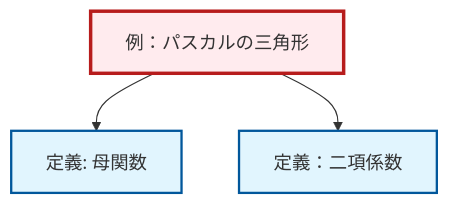
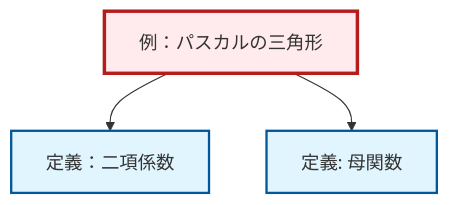
One commit to RK0429/ModernMath changed the diagram in content/ja/combinatorics/ex-pascals-triangle.qmd. Above: the diagram before and after it, drawn with Mermaid. The commit also changed other lines of this file and 1012 other files, not shown here.

````diff
--- a/content/ja/combinatorics/ex-pascals-triangle.qmd
+++ b/content/ja/combinatorics/ex-pascals-triangle.qmd
@@ -73,17 +73,17 @@
 ```{mermaid}
 %%| fig-cap: "Local dependency graph"
 graph TD
     classDef definition fill:#e1f5fe,stroke:#01579b,stroke-width:2px
     classDef theorem fill:#f3e5f5,stroke:#4a148c,stroke-width:2px
     classDef axiom fill:#fff3e0,stroke:#e65100,stroke-width:2px
     classDef example fill:#e8f5e9,stroke:#1b5e20,stroke-width:2px
     classDef current fill:#ffebee,stroke:#b71c1c,stroke-width:3px
     ex-pascals-triangle["例：パスカルの三角形"]:::example
+    def-binomial-coefficient["定義：二項係数"]:::definition
     def-generating-function["定義: 母関数"]:::definition
-    def-binomial-coefficient["定義：二項係数"]:::definition
+    ex-pascals-triangle --> def-binomial-coefficient
     ex-pascals-triangle --> def-generating-function
-    ex-pascals-triangle --> def-binomial-coefficient
     class ex-pascals-triangle current
+    click def-binomial-coefficient "def-binomial-coefficient.html" "定義：二項係数へ"
     click def-generating-function "def-generating-function.html" "母関数の定義へ"
-    click def-binomial-coefficient "def-binomial-coefficient.html" "定義：二項係数へ"
 ```
````
